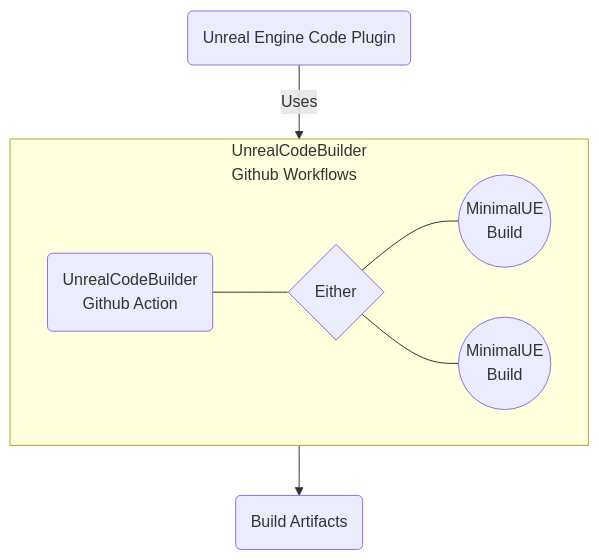
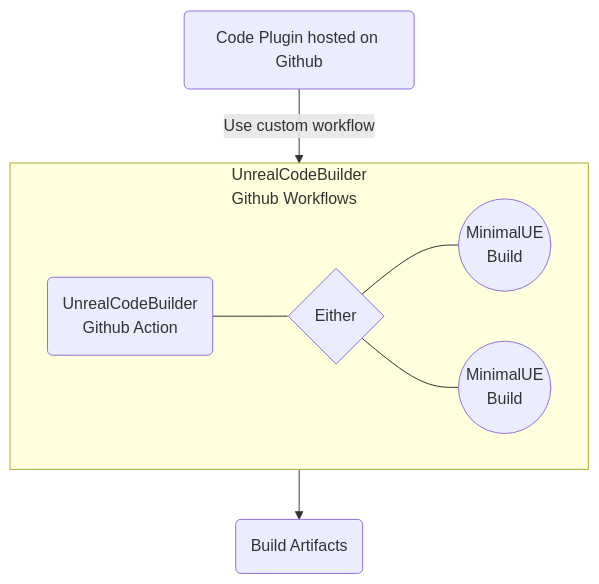
One commit to Guganana/UnrealPluginCIWithGithubActions changed the diagram in README.md. Above: the diagram before and after it, drawn with Mermaid.

````diff
--- a/README.md
+++ b/README.md
@@ -13,19 +13,19 @@
 ```mermaid
 graph TB
-A(Unreal Engine Code Plugin)
+A(Code Plugin hosted on Github)
 E(Build Artifacts)
 
 subgraph one["UnrealCodeBuilder<br> Github Workflows"]
     direction LR
     CA(UnrealCodeBuilder<br>Github Action)
     CB{Either}
     DA((MinimalUE<br/>Build))
     DB((MinimalUE<br/>Build))
     CA --- CB
     CB --- DA
     CB --- DB
 end
 
-A -- Uses --> one
+A -- Use custom workflow --> one
 one --> E
 ```
````
